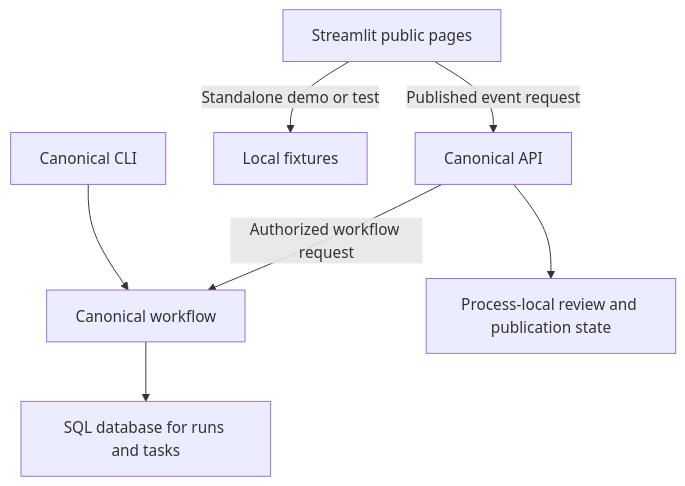
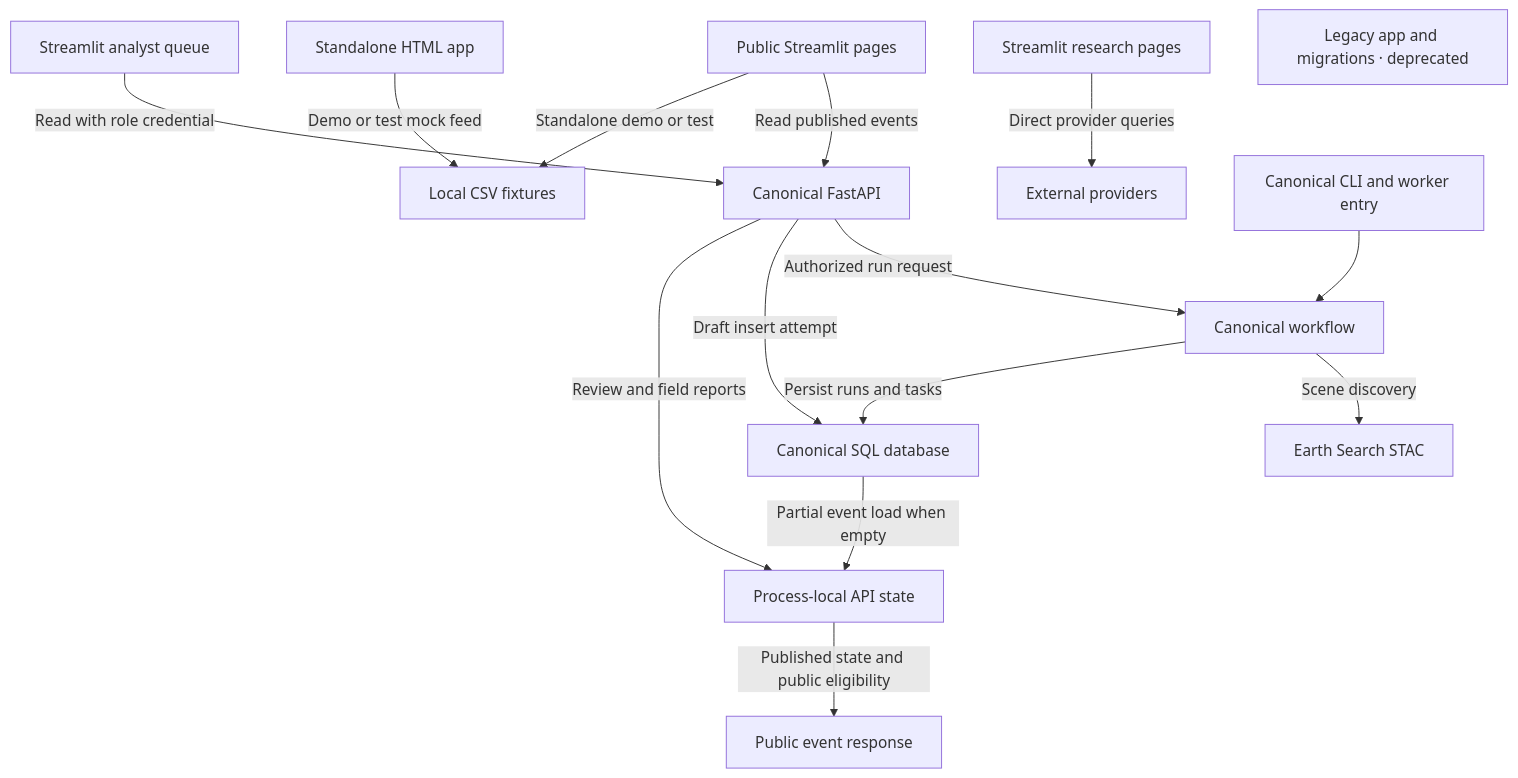
The diagram in docs/architecture.md (afaq-ahmad/pakistan-flood-monitor), drawn with Mermaid before and after one commit. The commit also changed other lines of this file and 4 other files, not shown here.

````diff
--- a/docs/architecture.md
+++ b/docs/architecture.md
@@ -23,9 +25,17 @@
 ```mermaid
 flowchart TB
-    Streamlit["Streamlit public pages"] -->|Published event request| API["Canonical API"]
-    Streamlit -->|Standalone demo or test| Fixtures["Local fixtures"]
-    CLI["Canonical CLI"] --> Workflow["Canonical workflow"]
-    API -->|Authorized workflow request| Workflow
-    Workflow --> DB["SQL database for runs and tasks"]
-    API --> State["Process-local review and publication state"]
+    Visitor["Public Streamlit pages"] -->|Read published events| API["Canonical FastAPI"]
+    Visitor -->|Standalone demo or test| Local["Local CSV fixtures"]
+    HTML["Standalone HTML app"] -->|Demo or test mock feed| Local
+    Analyst["Streamlit analyst queue"] -->|Read with role credential| API
+    Research["Streamlit research pages"] -->|Direct provider queries| Providers["External providers"]
+    CLI["Canonical CLI and worker entry"] --> Workflow["Canonical workflow"]
+    API -->|Authorized run request| Workflow
+    Workflow -->|Scene discovery| STAC["Earth Search STAC"]
+    Workflow -->|Persist runs and tasks| SQL["Canonical SQL database"]
+    API -->|Draft insert attempt| SQL
+    API -->|Review and field reports| State["Process-local API state"]
+    SQL -->|Partial event load when empty| State
+    State -->|Published state and public eligibility| Feed["Public event response"]
+    Legacy["Legacy app and migrations · deprecated"]
 ```
````
